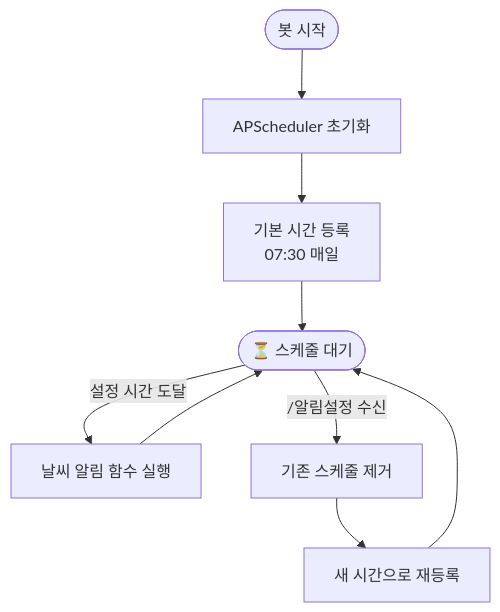
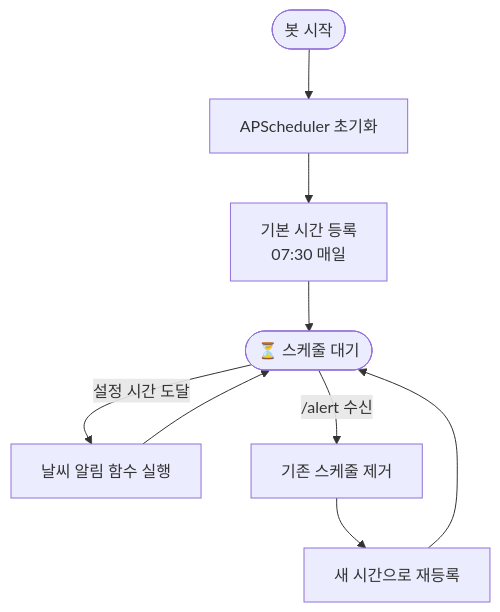
Before and after one commit to wnsgh11223-boop/water-quality-monitor: the fourth of 4 diagrams in 날씨알림봇/docs/플로우차트.md, drawn with Mermaid. The commit also changed other lines of this file and 2 other files, not shown here.

````diff
--- a/날씨알림봇/docs/플로우차트.md
+++ b/날씨알림봇/docs/플로우차트.md
@@ -105,11 +88,11 @@
 ```mermaid
 flowchart TD
     A([봇 시작]) --> B[APScheduler 초기화]
     B --> C[기본 시간 등록\n07:30 매일]
     C --> D([⏳ 스케줄 대기])
     D -- 설정 시간 도달 --> E[날씨 알림 함수 실행]
     E --> D
-    D -- /알림설정 수신 --> F[기존 스케줄 제거]
+    D -- /alert 수신 --> F[기존 스케줄 제거]
     F --> G[새 시간으로 재등록]
     G --> D
 ```
````
